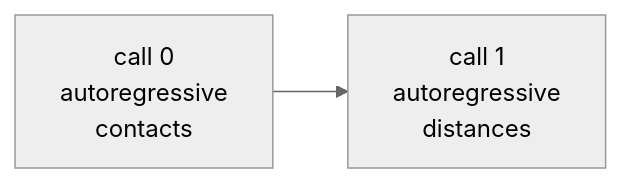
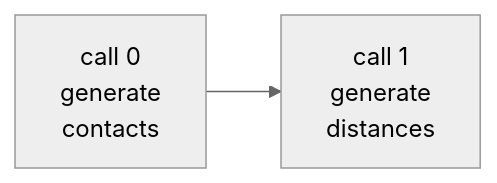
One commit to marin-community/marin changed the second of 2 diagrams in experiments/probabilistic_dataflow/debug_outputs/structure.md. Above: the diagram before and after it, drawn with Mermaid (neutral theme). The commit also changed other lines of this file and 15 other files, not shown here.

````diff
--- a/experiments/probabilistic_dataflow/debug_outputs/structure.md
+++ b/experiments/probabilistic_dataflow/debug_outputs/structure.md
@@ -36,6 +33,6 @@
 ```mermaid
 flowchart LR
-  c0["call 0<br/>autoregressive<br/>contacts"]
-  c1["call 1<br/>autoregressive<br/>distances"]
+  c0["call 0<br/>generate<br/>contacts"]
+  c1["call 1<br/>generate<br/>distances"]
   c0 --> c1
 ```
````
